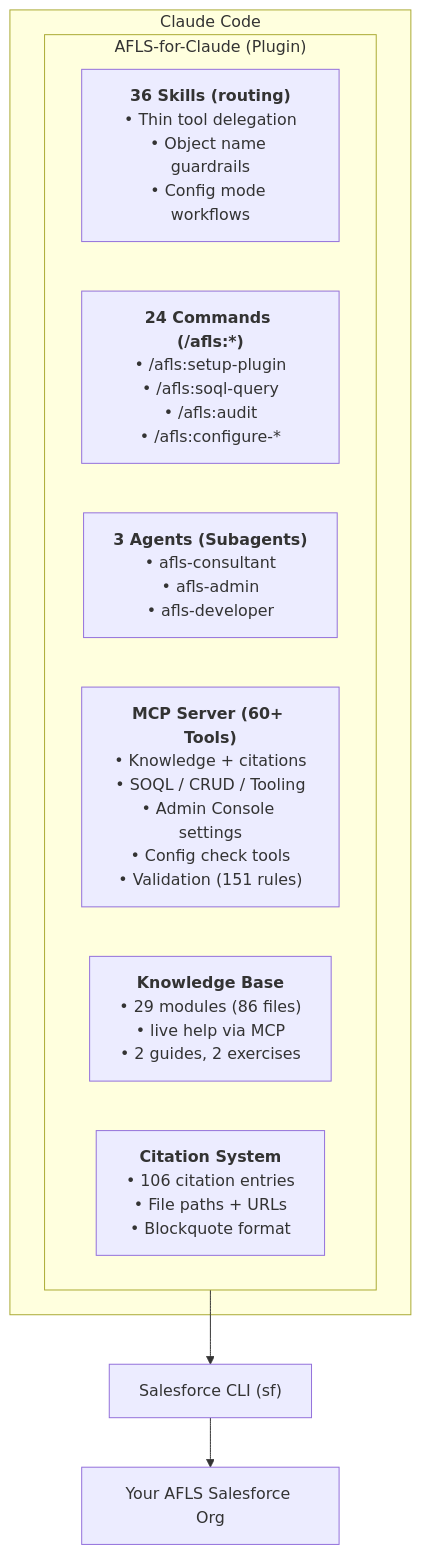
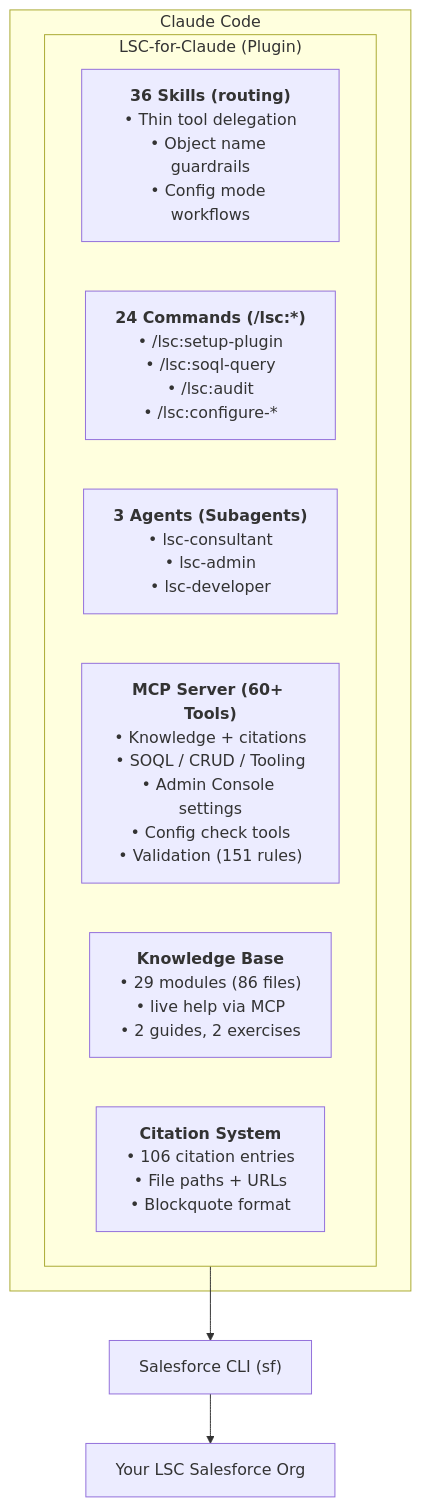
The diagram in README.md (SalesforceLabs/afls-for-claude), drawn with Mermaid before and after one commit. The commit also changed other lines of this file and 477 other files, not shown here.

First line of the commit message:
change afls to lsc

````diff
--- a/README.md
+++ b/README.md
@@ -767,17 +767,17 @@
 ```mermaid
 flowchart TB
     subgraph CC["Claude Code"]
-        subgraph Plugin["AFLS-for-Claude (Plugin)"]
+        subgraph Plugin["LSC-for-Claude (Plugin)"]
             direction LR
             Skills["<b>36 Skills (routing)</b><br/>• Thin tool delegation<br/>• Object name guardrails<br/>• Config mode workflows"]
-            Commands["<b>24 Commands (/afls:*)</b><br/>• /afls:setup-plugin<br/>• /afls:soql-query<br/>• /afls:audit<br/>• /afls:configure-*"]
-            Agents["<b>3 Agents (Subagents)</b><br/>• afls-consultant<br/>• afls-admin<br/>• afls-developer"]
+            Commands["<b>24 Commands (/lsc:*)</b><br/>• /lsc:setup-plugin<br/>• /lsc:soql-query<br/>• /lsc:audit<br/>• /lsc:configure-*"]
+            Agents["<b>3 Agents (Subagents)</b><br/>• lsc-consultant<br/>• lsc-admin<br/>• lsc-developer"]
             MCP["<b>MCP Server (60+ Tools)</b><br/>• Knowledge + citations<br/>• SOQL / CRUD / Tooling<br/>• Admin Console settings<br/>• Config check tools<br/>• Validation (151 rules)"]
             KB["<b>Knowledge Base</b><br/>• 29 modules (86 files)<br/>• live help via MCP<br/>• 2 guides, 2 exercises"]
             Cite["<b>Citation System</b><br/>• 106 citation entries<br/>• File paths + URLs<br/>• Blockquote format"]
         end
     end
 
     Plugin --> CLI["Salesforce CLI (sf)"]
-    CLI --> Org["Your AFLS Salesforce Org"]
+    CLI --> Org["Your LSC Salesforce Org"]
 ```
````
